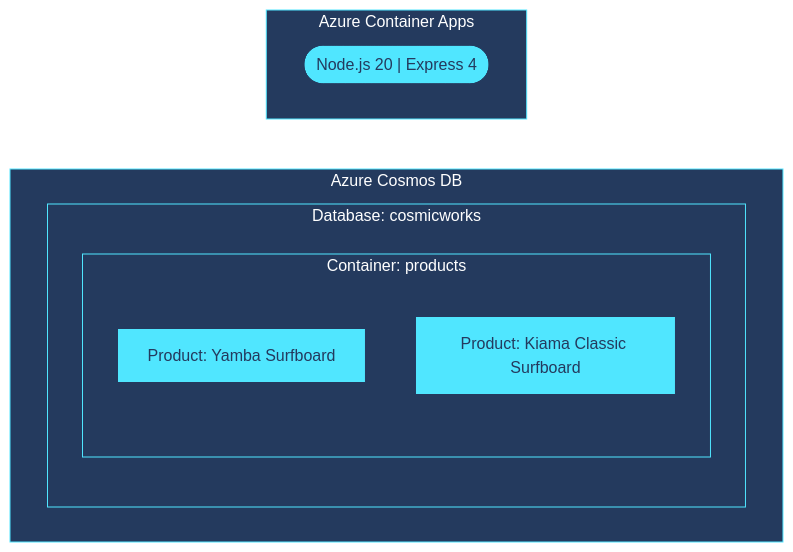
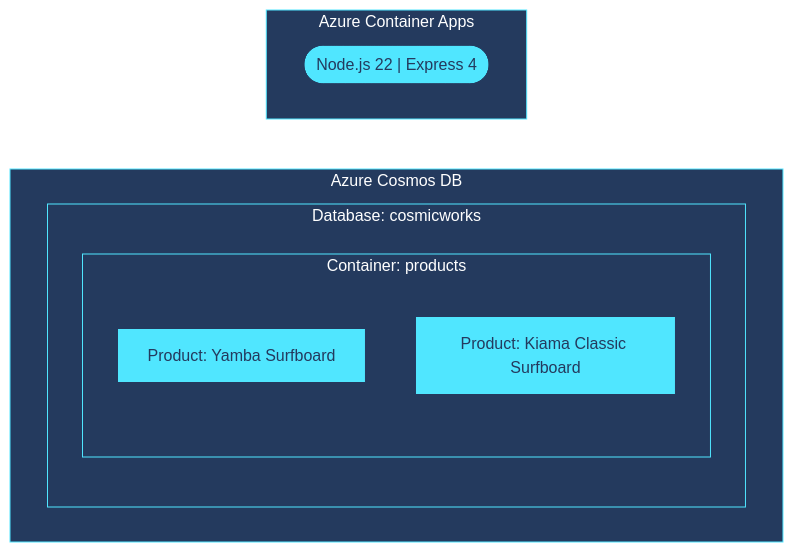
The diagram in readme.md (Azure-Samples/cosmos-db-nosql-nodejs-quickstart), drawn with Mermaid before and after one commit. The commit also changed other lines of this file, not shown here.

Commit message:
Update readme to specify Node.js 22 or newer and TypeScript

````diff
--- a/readme.md
+++ b/readme.md
@@ -70,16 +70,16 @@
 ```mermaid
 %%{ init: { 'theme': 'base', 'themeVariables': { 'background': '#243A5E', 'primaryColor': '#50E6FF', 'primaryBorderColor': '#243A5E', 'tertiaryBorderColor': '#50E6FF', 'tertiaryColor': '#243A5E', 'fontFamily': 'Segoe UI', 'lineColor': '#FFFFFF', 'primaryTextColor': '#243A5E', 'tertiaryTextColor': '#FFFFFF' } }}%%
 flowchart TB
     subgraph web-app[Azure Container Apps]
-        app-framework(["Node.js 20 | Express 4"])
+        app-framework(["Node.js 22 | Express 4"])
     end
     subgraph cosmos-db[Azure Cosmos DB]
         subgraph database-cosmicworks[Database: cosmicworks]
             subgraph container-products[Container: products]
                 prd-yamba[Product: Yamba Surfboard]
                 prd-kiama-classic[Product: Kiama Classic Surfboard]
             end
         end
     end
     web-app --> cosmos-db
 ```
````
